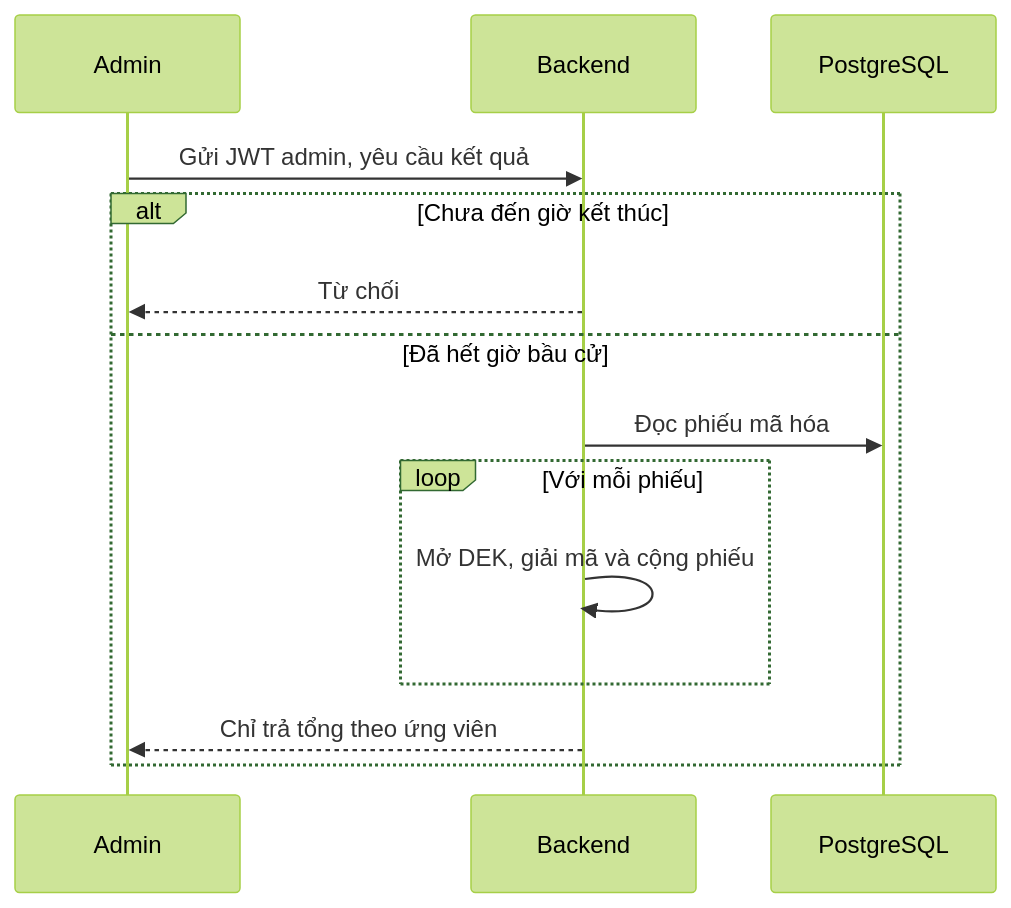
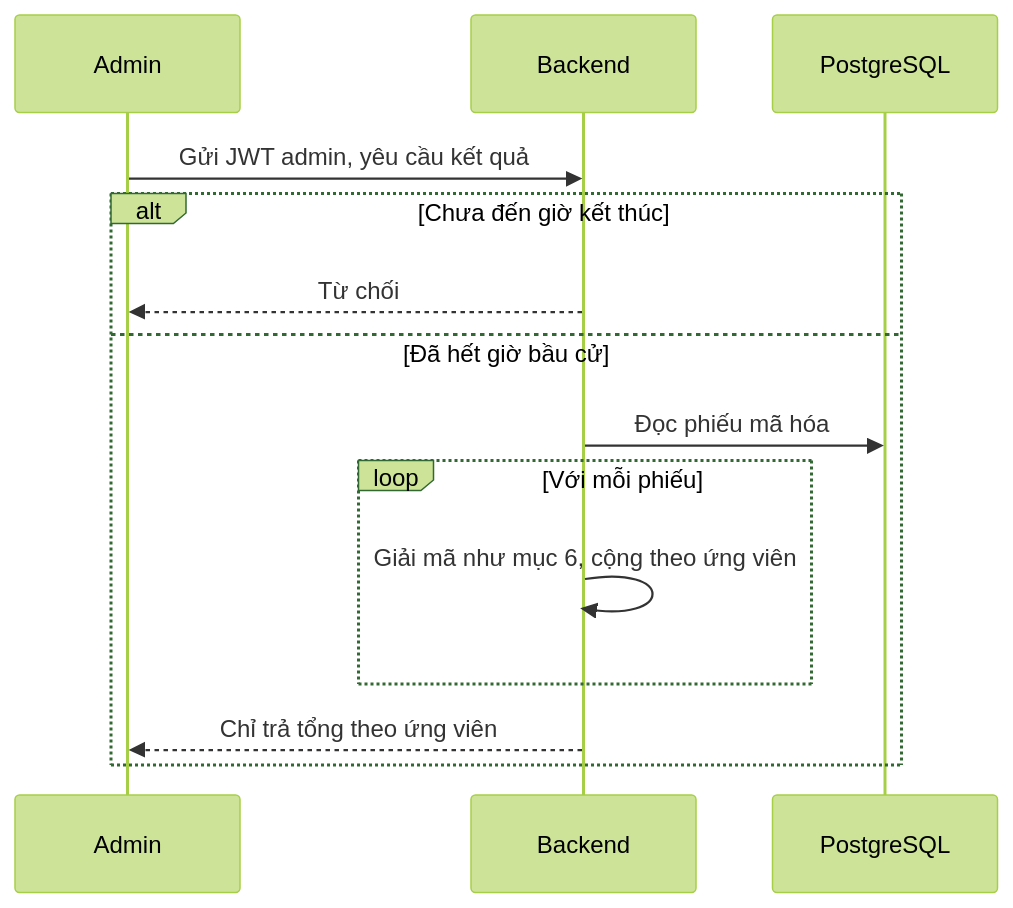
The seventh of 7 diagrams in docs/BCao.md (lam-vu6868/lab3_evoting), drawn with Mermaid (forest theme) before and after one commit. The commit also changed other lines of this file, not shown here.

````diff
--- a/docs/BCao.md
+++ b/docs/BCao.md
@@ -166,16 +179,16 @@
 ```mermaid
 sequenceDiagram
     participant AD as Admin
     participant API as Backend
     participant DB as PostgreSQL
     AD->>API: Gửi JWT admin, yêu cầu kết quả
     alt Chưa đến giờ kết thúc
         API-->>AD: Từ chối
     else Đã hết giờ bầu cử
         API->>DB: Đọc phiếu mã hóa
         loop Với mỗi phiếu
-            API->>API: Mở DEK, giải mã và cộng phiếu
+            API->>API: Giải mã như mục 6, cộng theo ứng viên
         end
         API-->>AD: Chỉ trả tổng theo ứng viên
     end
 ```
````
